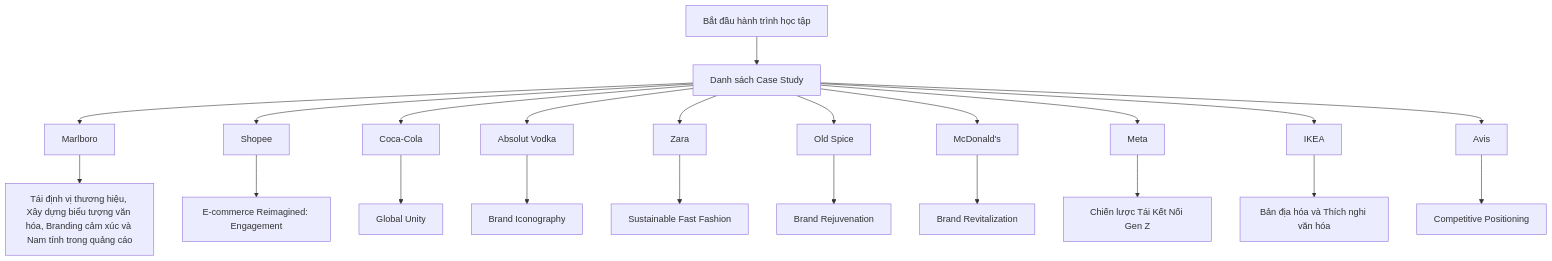
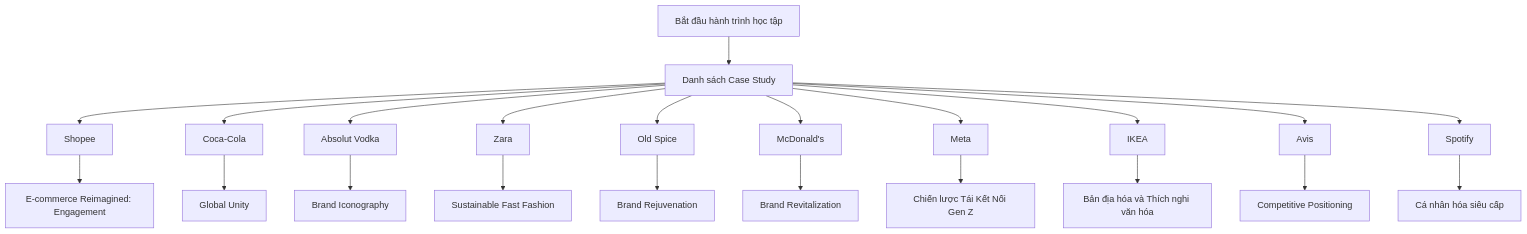
Before and after one commit to quy2003/daily-marketing-cases: the diagram in README.md, drawn with Mermaid. The commit also changed other lines of this file and 3 other files, not shown here.

````diff
--- a/README.md
+++ b/README.md
@@ -25,24 +25,24 @@
 ```mermaid
 graph TD
     Start[Bắt đầu hành trình học tập] --> DailyCases[Danh sách Case Study]
-    DailyCases --> Marlboro["Marlboro"]
-    Marlboro --> TinhvthnghiuXydngbiutngvnhaBrandingcmxcvNamtnhtrongqungco["Tái định vị thương hiệu, Xây dựng biểu tượng văn hóa, Branding cảm xúc và Nam tính trong quảng cáo"]
     DailyCases --> Shopee["Shopee"]
     Shopee --> EcommerceReimaginedEngagement["E-commerce Reimagined: Engagement"]
     DailyCases --> CocaCola["Coca-Cola"]
     CocaCola --> GlobalUnity["Global Unity"]
     DailyCases --> AbsolutVodka["Absolut Vodka"]
     AbsolutVodka --> BrandIconography["Brand Iconography"]
     DailyCases --> Zara["Zara"]
     Zara --> SustainableFastFashion["Sustainable Fast Fashion"]
     DailyCases --> OldSpice["Old Spice"]
     OldSpice --> BrandRejuvenation["Brand Rejuvenation"]
     DailyCases --> McDonalds["McDonald's"]
     McDonalds --> BrandRevitalization["Brand Revitalization"]
     DailyCases --> Meta["Meta"]
     Meta --> ChinlcTiKtNiGenZ["Chiến lược Tái Kết Nối Gen Z"]
     DailyCases --> IKEA["IKEA"]
     IKEA --> BnahavThchnghivnha["Bản địa hóa và Thích nghi văn hóa"]
     DailyCases --> Avis["Avis"]
     Avis --> CompetitivePositioning["Competitive Positioning"]
+    DailyCases --> Spotify["Spotify"]
+    Spotify --> Cnhnhasiucp["Cá nhân hóa siêu cấp"]
 ```
````
